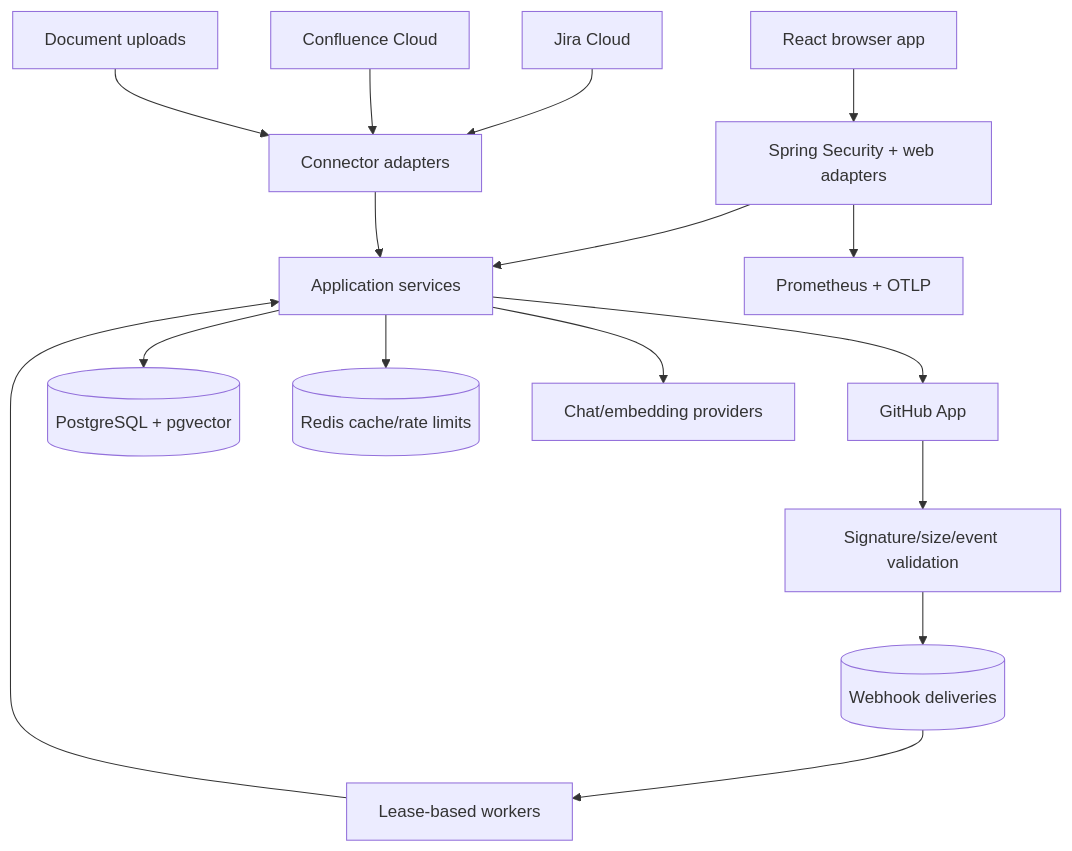
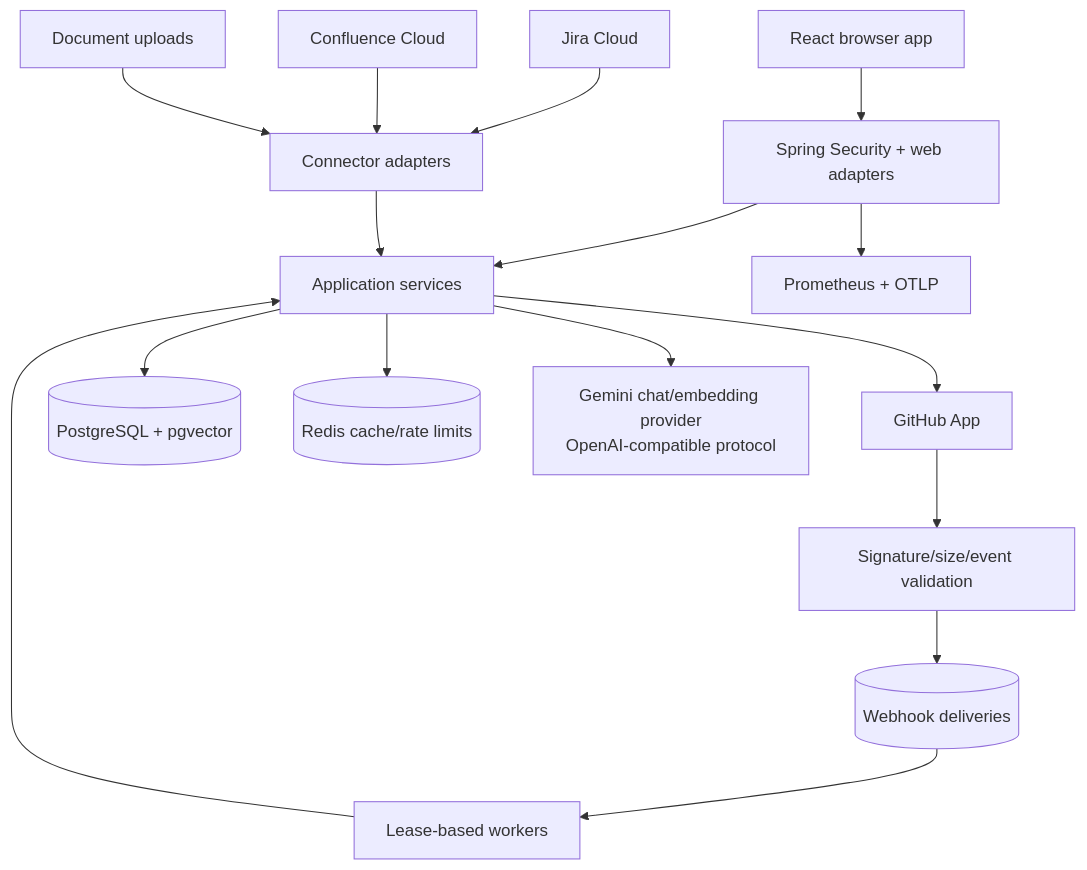
One commit to Lalithsha/Groundwork changed the first of 2 diagrams in docs/ARCHITECTURE.md. Above: the diagram before and after it, drawn with Mermaid. The commit also changed 8 other files, not shown here.

First line of the commit message:
refactor(config): split Gemini provider from OpenAI-compatible transport

````diff
--- a/docs/ARCHITECTURE.md
+++ b/docs/ARCHITECTURE.md
@@ -9,18 +9,18 @@
 ```mermaid
 flowchart TB
     Browser[React browser app] --> API[Spring Security + web adapters]
     GitHub[GitHub App] --> Webhook[Signature/size/event validation]
     Jira[Jira Cloud] --> Connectors[Connector adapters]
     Confluence[Confluence Cloud] --> Connectors
     Docs[Document uploads] --> Connectors
     Webhook --> Inbox[(Webhook deliveries)]
     API --> App[Application services]
     Connectors --> App
     Inbox --> Workers[Lease-based workers]
     Workers --> App
     App --> PG[(PostgreSQL + pgvector)]
     App --> Redis[(Redis cache/rate limits)]
-    App --> Providers[Chat/embedding providers]
+    App --> Providers[Gemini chat/embedding provider<br/>OpenAI-compatible protocol]
     App --> GitHub
     API --> Metrics[Prometheus + OTLP]
 ```
````
